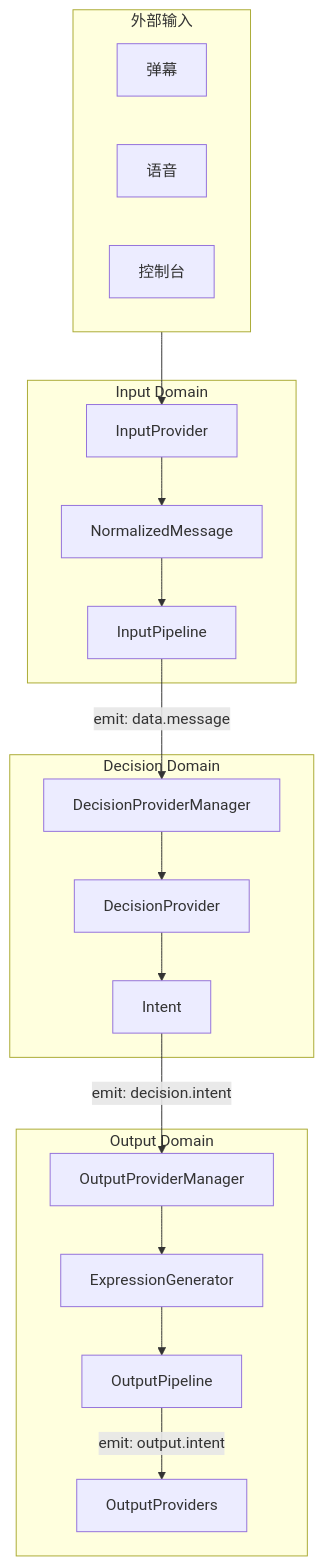
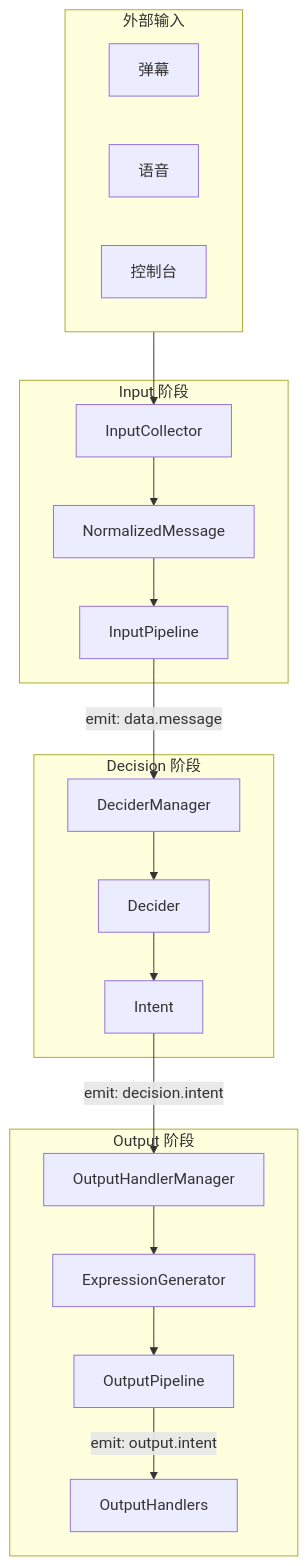
Before and after one commit to Mai-with-u/Amaidesu: the first of 5 diagrams in docs/architecture/data-flow.md, drawn with Mermaid. The commit also changed other lines of this file and 169 other files, not shown here.

First line of the commit message:
重构: 移除 Provider 抽象层，改名为 Collector/Decider/Handler

````diff
--- a/docs/architecture/data-flow.md
+++ b/docs/architecture/data-flow.md
@@ -114,38 +114,38 @@
 ```mermaid
 flowchart TB
     subgraph External["外部输入"]
         Danmaku["弹幕"]
         Voice["语音"]
         Console["控制台"]
     end
 
-    subgraph Input["Input Domain"]
-        IP[InputProvider]
+    subgraph Input["Input 阶段"]
+        IP[InputCollector]
         NM[NormalizedMessage]
         Pipeline[InputPipeline]
     end
 
-    subgraph Decision["Decision Domain"]
-        DM[DecisionProviderManager]
-        DP[DecisionProvider]
+    subgraph Decision["Decision 阶段"]
+        DM[DeciderManager]
+        DP[Decider]
         Intent[Intent]
     end
 
-    subgraph Output["Output Domain"]
-        OPM[OutputProviderManager]
+    subgraph Output["Output 阶段"]
+        OPM[OutputHandlerManager]
         EG[ExpressionGenerator]
         OPipeline[OutputPipeline]
-        OPS[OutputProviders]
+        OPS[OutputHandlers]
     end
 
     External --> IP
     IP --> NM
     NM --> Pipeline
     Pipeline -->|"emit: data.message"| DM
     DM --> DP
     DP --> Intent
     Intent -->|"emit: decision.intent"| OPM
     OPM --> EG
     EG --> OPipeline
     OPipeline -->|"emit: output.intent"| OPS
 ```
````
